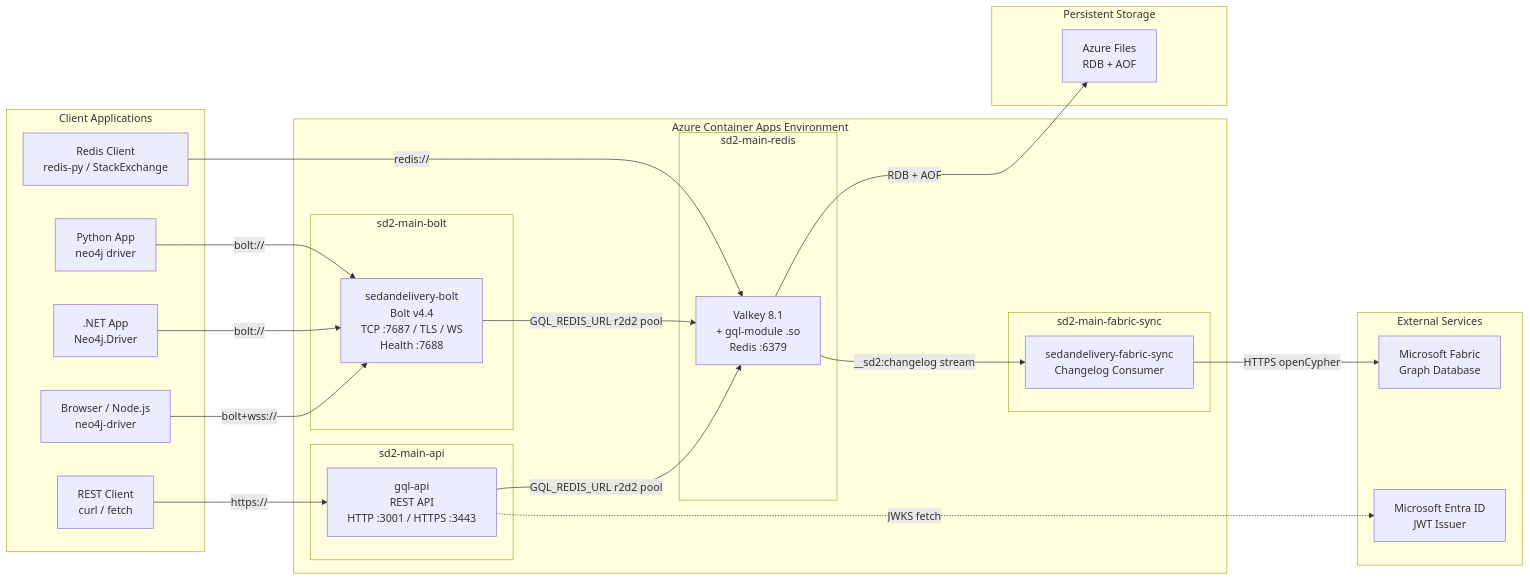
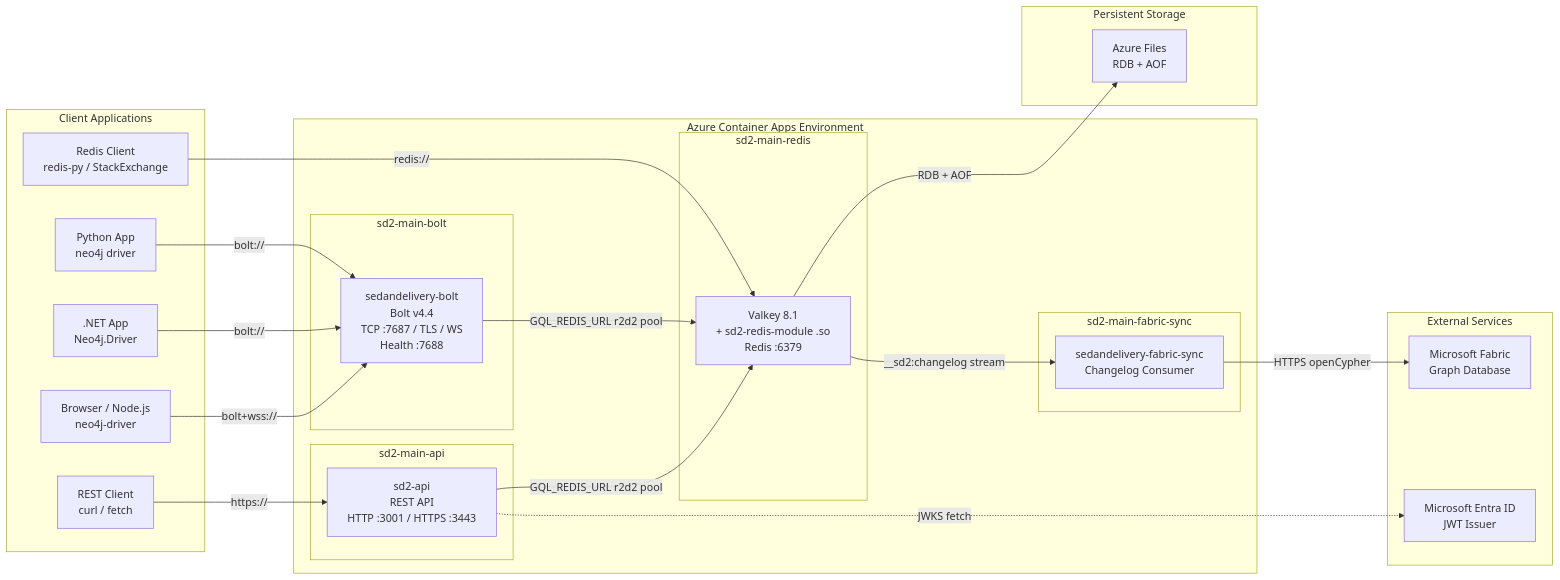
The diagram in docs/atlas/runtime-topology/topology.mmd (rysweet/SedanDelivery), drawn with Mermaid before and after one commit. The commit also changed 191 other files, not shown here.

First line of the commit message:
refactor: rename gql-module, gql-redis-store, gql-api to sd2- prefix (#1097)

```diff
--- a/docs/atlas/runtime-topology/topology.mmd
+++ b/docs/atlas/runtime-topology/topology.mmd
@@ -1,48 +1,48 @@
 flowchart LR
     subgraph clients["Client Applications"]
         py["Python App<br/>neo4j driver"]
         net[".NET App<br/>Neo4j.Driver"]
         js["Browser / Node.js<br/>neo4j-driver"]
         rest_client["REST Client<br/>curl / fetch"]
         redis_client["Redis Client<br/>redis-py / StackExchange"]
     end
 
     subgraph cae["Azure Container Apps Environment"]
         subgraph bolt_container["sd2-main-bolt"]
             bolt_srv["sedandelivery-bolt<br/>Bolt v4.4<br/>TCP :7687 / TLS / WS<br/>Health :7688"]
         end
 
         subgraph api_container["sd2-main-api"]
-            api_srv["gql-api<br/>REST API<br/>HTTP :3001 / HTTPS :3443"]
+            api_srv["sd2-api<br/>REST API<br/>HTTP :3001 / HTTPS :3443"]
         end
 
         subgraph redis_container["sd2-main-redis"]
-            valkey["Valkey 8.1<br/>+ gql-module .so<br/>Redis :6379"]
+            valkey["Valkey 8.1<br/>+ sd2-redis-module .so<br/>Redis :6379"]
         end
 
         subgraph sync_container["sd2-main-fabric-sync"]
             sync_svc["sedandelivery-fabric-sync<br/>Changelog Consumer"]
         end
     end
 
     subgraph storage["Persistent Storage"]
         afiles["Azure Files<br/>RDB + AOF"]
     end
 
     subgraph external["External Services"]
         fabric["Microsoft Fabric<br/>Graph Database"]
         entra["Microsoft Entra ID<br/>JWT Issuer"]
     end
 
     py -->|"bolt://"| bolt_srv
     net -->|"bolt://"| bolt_srv
     js -->|"bolt+wss://"| bolt_srv
     rest_client -->|"https://"| api_srv
     redis_client -->|"redis://"| valkey
 
     bolt_srv -->|"GQL_REDIS_URL r2d2 pool"| valkey
     api_srv -->|"GQL_REDIS_URL r2d2 pool"| valkey
     valkey -->|"RDB + AOF"| afiles
     valkey -->|"__sd2:changelog stream"| sync_svc
     sync_svc -->|"HTTPS openCypher"| fabric
     api_srv -.->|"JWKS fetch"| entra
```
